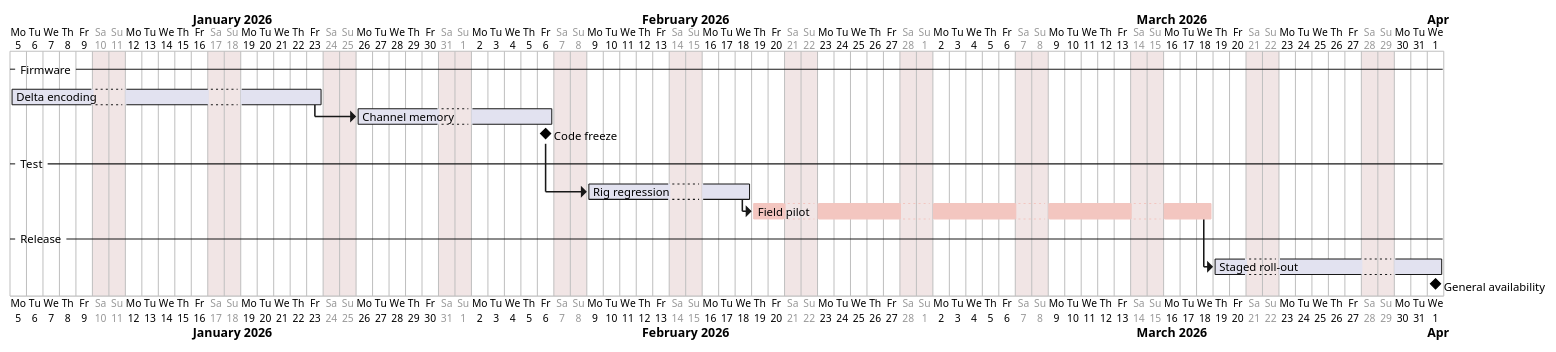
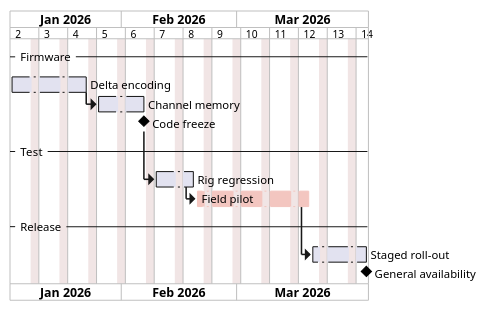
One commit to markbac/py-doc changed diagram 16 of 25 in docs/gallery/03_plantuml.md. Above: the diagram before and after it, drawn with PlantUML. The commit also changed other lines of this file and 19 other files, not shown here.

First line of the commit message:
Diagram gallery: every diagram type and block, its Markdown and its picture

````diff
--- a/docs/gallery/03_plantuml.md
+++ b/docs/gallery/03_plantuml.md
@@ -450,21 +886,22 @@
 ```plantuml
 @startgantt
+printscale weekly
 Project starts 2026-01-05
 saturday are closed
 sunday are closed
 -- Firmware --
 [Delta encoding] requires 15 days
 [Channel memory] requires 10 days
 [Channel memory] starts at [Delta encoding]'s end
 [Code freeze] happens at [Channel memory]'s end
 -- Test --
 [Rig regression] requires 8 days
 [Rig regression] starts at [Code freeze]'s end
 [Field pilot] requires 20 days and is colored in #f3c6c0
 [Field pilot] starts at [Rig regression]'s end
 -- Release --
 [Staged roll-out] requires 10 days
 [Staged roll-out] starts at [Field pilot]'s end
 [General availability] happens at [Staged roll-out]'s end
 @endgantt
 ```
````
